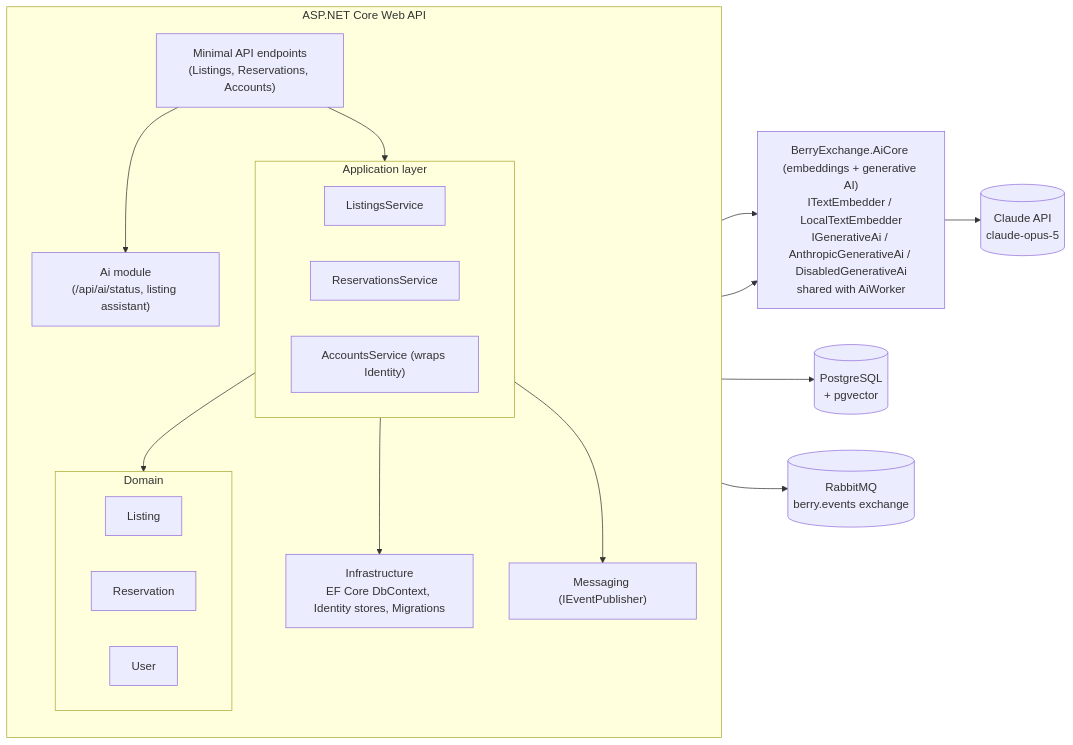
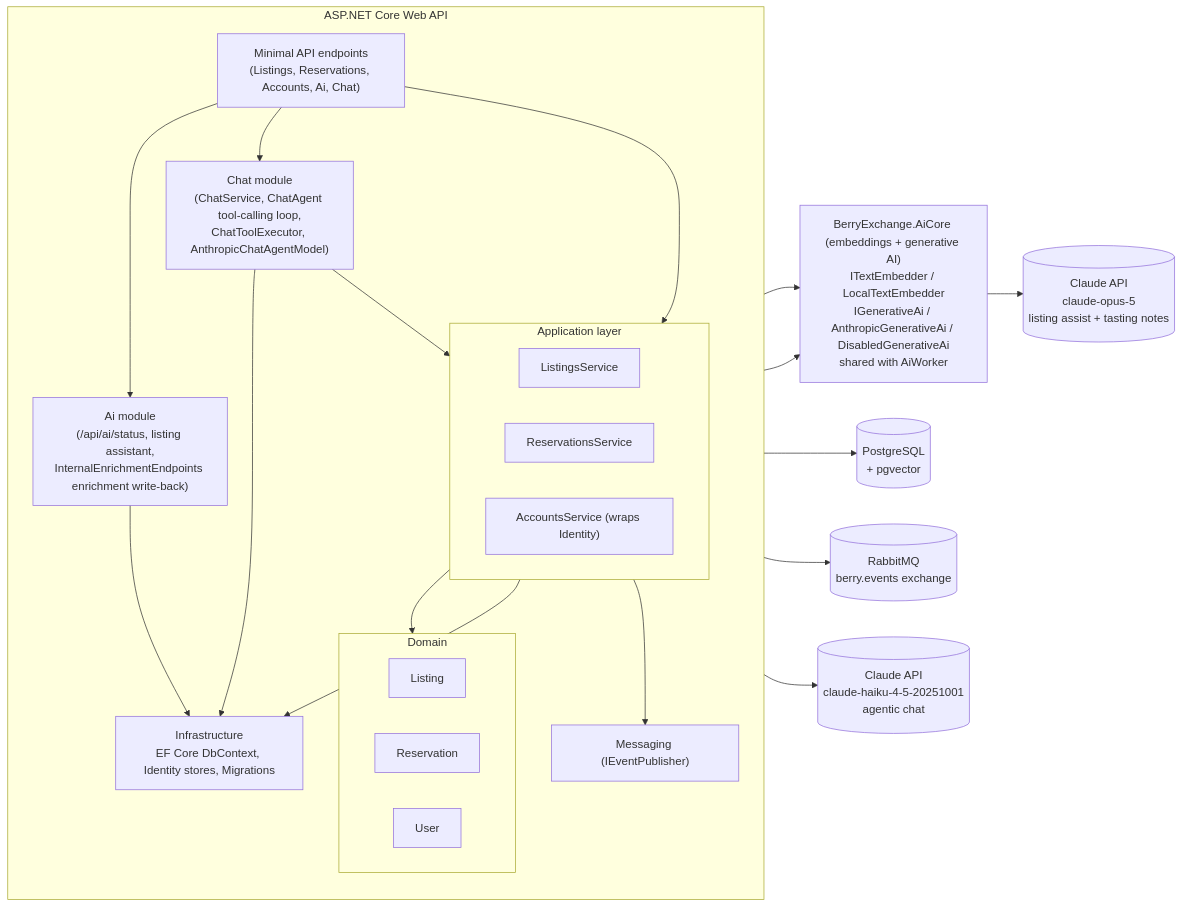
The diagram in docs/architecture/component-backend.mmd (Nazarii-Mandiak/BerryMarketplace), drawn with Mermaid before and after one commit. The commit also changed 23 other files, not shown here.

```diff
--- a/docs/architecture/component-backend.mmd
+++ b/docs/architecture/component-backend.mmd
@@ -1,34 +1,41 @@
 %% Berry Exchange — C4 Level 3: Components inside the API container
 graph LR
     subgraph API["ASP.NET Core Web API"]
         direction TB
-        Endpoints["Minimal API endpoints<br/>(Listings, Reservations, Accounts)"]
+        Endpoints["Minimal API endpoints<br/>(Listings, Reservations, Accounts, Ai, Chat)"]
         subgraph App["Application layer"]
             ListingsSvc[ListingsService]
             ResSvc[ReservationsService]
             AccountsSvc["AccountsService (wraps Identity)"]
         end
         subgraph Domain["Domain"]
             ListingEntity[Listing]
             ReservationEntity[Reservation]
             UserEntity[User]
         end
         Infra["Infrastructure<br/>EF Core DbContext, Identity stores, Migrations"]
         Messaging["Messaging (IEventPublisher)"]
-        Ai["Ai module<br/>(/api/ai/status, listing assistant)"]
+        Ai["Ai module<br/>(/api/ai/status, listing assistant,<br/>InternalEnrichmentEndpoints enrichment write-back)"]
+        Chat["Chat module<br/>(ChatService, ChatAgent tool-calling loop,<br/>ChatToolExecutor, AnthropicChatAgentModel)"]
     end
     AiCore["BerryExchange.AiCore (embeddings + generative AI)<br/>ITextEmbedder / LocalTextEmbedder<br/>IGenerativeAi / AnthropicGenerativeAi / DisabledGenerativeAi<br/>shared with AiWorker"]
     DB[("PostgreSQL<br/>+ pgvector")]
     Broker[("RabbitMQ<br/>berry.events exchange")]
-    Claude[("Claude API<br/>claude-opus-5")]
+    ClaudeOpus[("Claude API<br/>claude-opus-5<br/>listing assist + tasting notes")]
+    ClaudeHaiku[("Claude API<br/>claude-haiku-4-5-20251001<br/>agentic chat")]
 
     Endpoints --> App
     Endpoints --> Ai
+    Endpoints --> Chat
     App --> Domain
     App --> Infra
     Infra --> DB
     App --> Messaging
     Messaging --> Broker
     App --> AiCore
     Ai --> AiCore
-    AiCore --> Claude
+    Ai --> Infra
+    Chat --> App
+    Chat --> Infra
+    Chat --> ClaudeHaiku
+    AiCore --> ClaudeOpus
```
